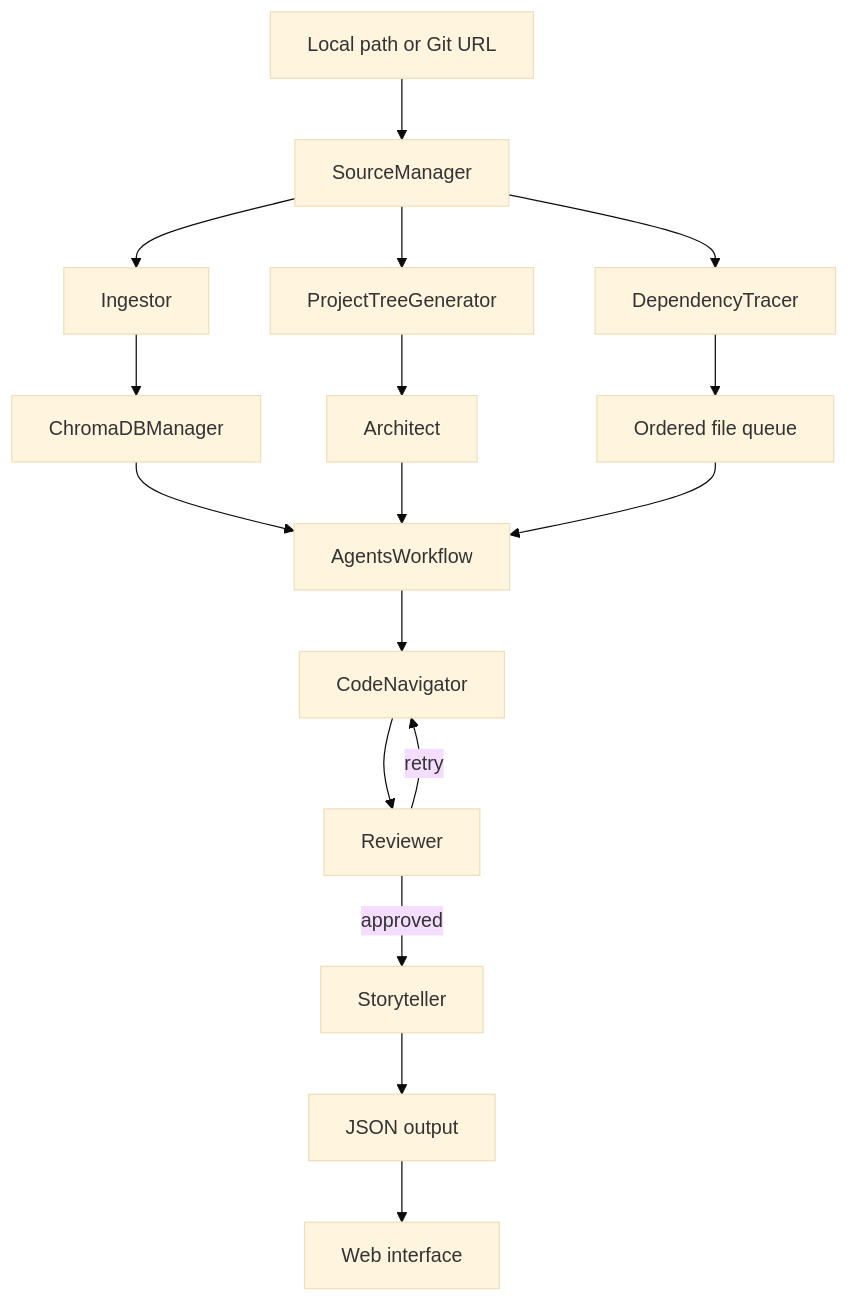
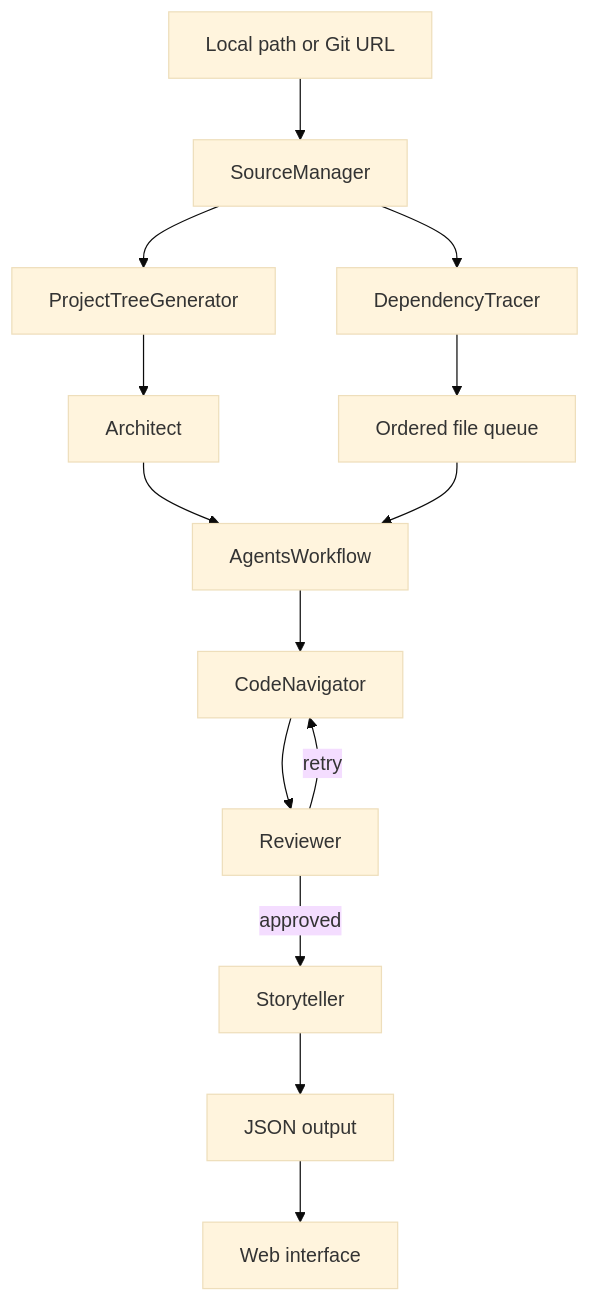
Before and after one commit to Andrea-Difino/RepoWhisper: the diagram in docs/architecture.md, drawn with Mermaid (base theme). The commit also changed other lines of this file and 25 other files, not shown here.

````diff
--- a/docs/architecture.md
+++ b/docs/architecture.md
@@ -6,19 +6,16 @@
 ```mermaid
 flowchart TD
     A[Local path or Git URL] --> B[SourceManager]
-    B --> C[Ingestor]
-    B --> D[ProjectTreeGenerator]
-    B --> E[DependencyTracer]
-    C --> F[ChromaDBManager]
-    D --> G[Architect]
-    E --> H[Ordered file queue]
-    F --> I[AgentsWorkflow]
-    G --> I
-    H --> I
-    I --> J[CodeNavigator]
-    J --> K[Reviewer]
-    K -->|retry| J
-    K -->|approved| L[Storyteller]
-    L --> M[JSON output]
-    M --> N[Web interface]
+    B --> C[ProjectTreeGenerator]
+    B --> D[DependencyTracer]
+    C --> E[Architect]
+    D --> F[Ordered file queue]
+    E --> G[AgentsWorkflow]
+    F --> G
+    G --> H[CodeNavigator]
+    H --> I[Reviewer]
+    I -->|retry| H
+    I -->|approved| J[Storyteller]
+    J --> K[JSON output]
+    K --> L[Web interface]
 ```
````
